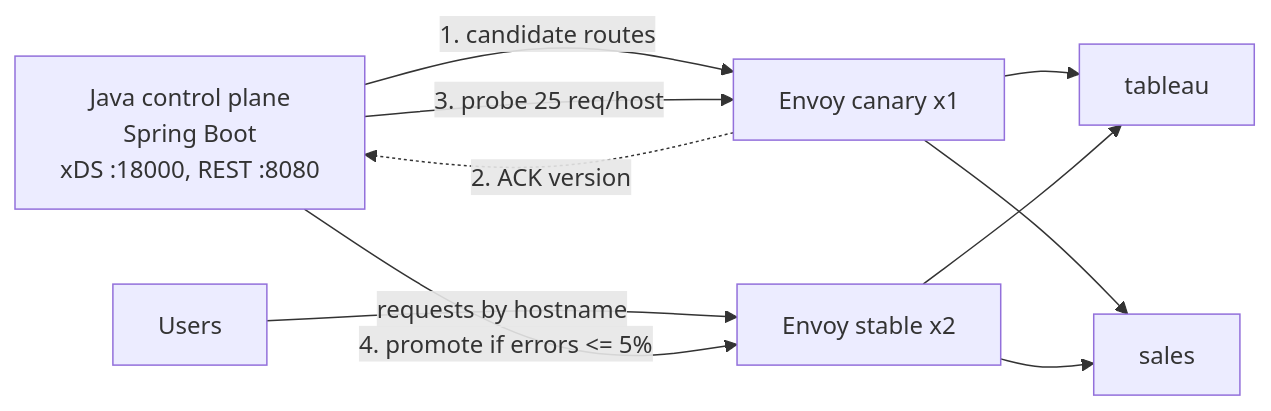
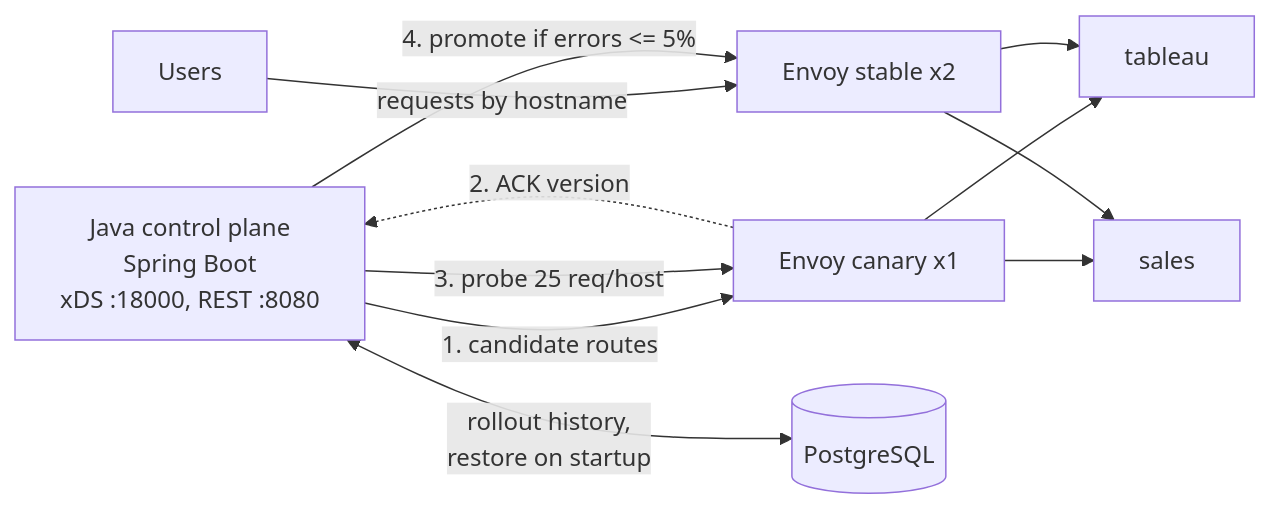
Before and after one commit to vikrams3/edge-control-plane: the diagram in README.md, drawn with Mermaid. The commit also changed other lines of this file and 12 other files, not shown here.

First line of the commit message:
Store rollouts in PostgreSQL, restore on startup, add revert

````diff
--- a/README.md
+++ b/README.md
@@ -9,12 +9,13 @@
 ```mermaid
 flowchart LR
   U[Users] -->|requests by hostname| S[Envoy stable x2]
   CP[Java control plane<br/>Spring Boot<br/>xDS :18000, REST :8080] -->|1. candidate routes| C[Envoy canary x1]
   C -.->|2. ACK version| CP
   CP -->|3. probe 25 req/host| C
   CP -->|4. promote if errors <= 5%| S
+  CP <-->|rollout history,<br/>restore on startup| DB[(PostgreSQL)]
   C --> T[tableau]
   C --> SA[sales]
   S --> T
   S --> SA
 ```
````
